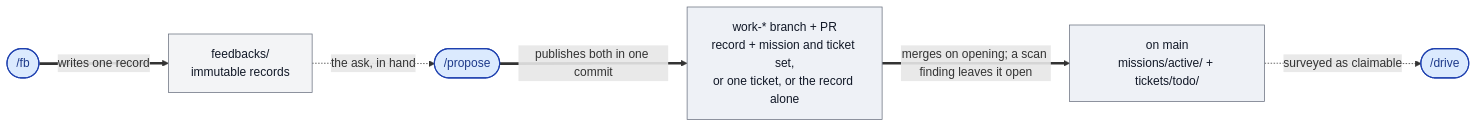
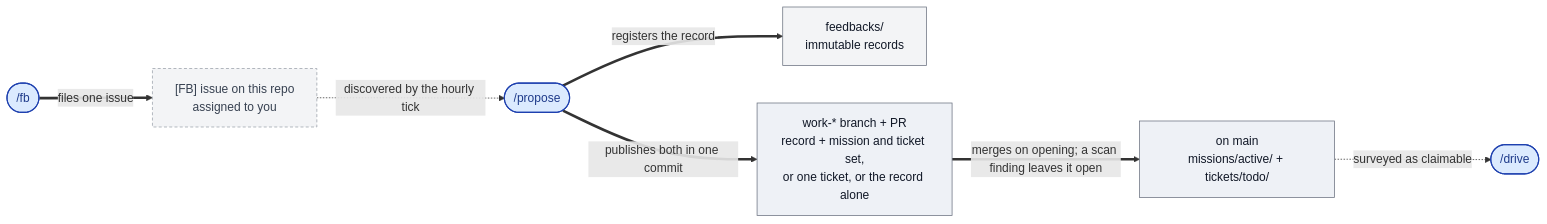
The third of 5 diagrams in README.md (qmu/workaholic), drawn with Mermaid before and after one commit. The commit also changed other lines of this file and 7 other files, not shown here.

````diff
--- a/README.md
+++ b/README.md
@@ -268,23 +268,27 @@
 ```mermaid
 flowchart LR
   feedback(["/fb"])
   propose(["/propose"])
   drive(["/drive"])
 
+  ISSUE["[FB] issue on this repo<br/>assigned to you"]
   FBK["feedbacks/<br/>immutable records"]
   PROP["work-* branch + PR<br/>record + mission and ticket set,<br/>or one ticket, or the record alone"]
   ACTIVE["on main<br/>missions/active/ + tickets/todo/"]
 
-  feedback ==>|writes one record| FBK
-  FBK -.->|the ask, in hand| propose
+  feedback ==>|files one issue| ISSUE
+  ISSUE -.->|discovered by the hourly tick| propose
+  propose ==>|registers the record| FBK
   propose ==>|publishes both in one commit| PROP
   PROP ==>|merges on opening; a scan finding leaves it open| ACTIVE
   ACTIVE -.->|surveyed as claimable| drive
 
   classDef cmd fill:#dbeafe,stroke:#1e40af,stroke-width:1.5px,color:#1e3a8a;
   classDef state fill:#eef1f6,stroke:#6b7280,color:#111827;
   classDef art fill:#f3f4f6,stroke:#6b7280,color:#111827;
   class feedback,propose,drive cmd;
   class PROP,ACTIVE state;
   class FBK art;
+  class ISSUE ext;
+  classDef ext fill:#f3f4f6,stroke:#9aa0aa,stroke-dasharray:4 3,color:#374151;
 ```
````
